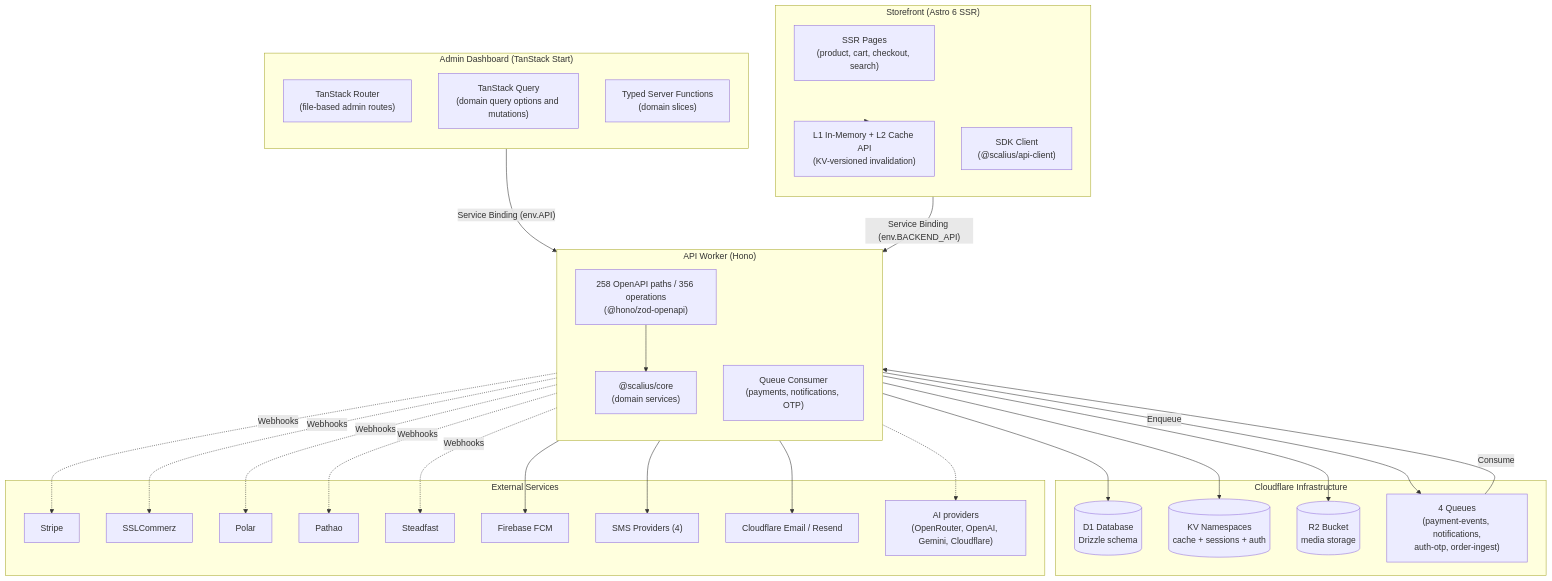
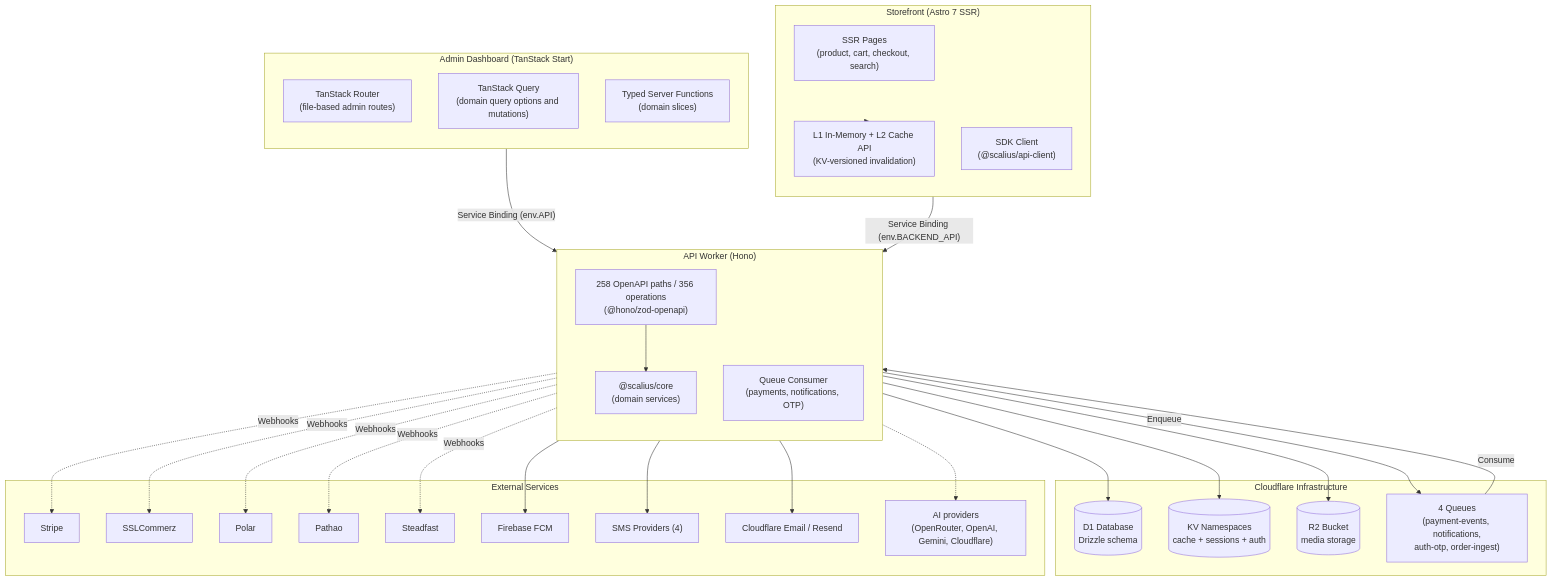
Before and after one commit to scaliuslabs/scalius-commerce-lite: the first of 3 diagrams in README.md, drawn with Mermaid. The commit also changed other lines of this file and 18 other files, not shown here.

Commit message:
chore(storefront): upgrade astro 7 and harden cart runtime

````diff
--- a/README.md
+++ b/README.md
@@ -87,62 +87,62 @@
 ```mermaid
 flowchart TB
     subgraph AdminV2 ["Admin Dashboard (TanStack Start)"]
         direction TB
         TSRouter["TanStack Router<br/>(file-based admin routes)"]
         TSQuery["TanStack Query<br/>(domain query options and mutations)"]
         ServerFns["Typed Server Functions<br/>(domain slices)"]
     end
 
-    subgraph Storefront ["Storefront (Astro 6 SSR)"]
+    subgraph Storefront ["Storefront (Astro 7 SSR)"]
         direction TB
         AstroPages["SSR Pages<br/>(product, cart, checkout, search)"]
         EdgeCache["L1 In-Memory + L2 Cache API<br/>(KV-versioned invalidation)"]
         SDKClient["SDK Client<br/>(@scalius/api-client)"]
     end
 
     subgraph API ["API Worker (Hono)"]
         direction TB
         HonoApp["258 OpenAPI paths / 356 operations<br/>(@hono/zod-openapi)"]
         QueueConsumer["Queue Consumer<br/>(payments, notifications, OTP)"]
         CoreModules["@scalius/core<br/>(domain services)"]
     end
 
     subgraph Infra ["Cloudflare Infrastructure"]
         D1[(D1 Database<br/>Drizzle schema)]
         KV[(KV Namespaces<br/>cache + sessions + auth)]
         R2[(R2 Bucket<br/>media storage)]
         Queues["4 Queues<br/>(payment-events, notifications,<br/>auth-otp, order-ingest)"]
     end
 
     subgraph External ["External Services"]
         Stripe["Stripe"]
         SSLCommerz["SSLCommerz"]
         Polar["Polar"]
         Pathao["Pathao"]
         Steadfast["Steadfast"]
         Firebase["Firebase FCM"]
         SMS["SMS Providers (4)"]
         EmailProvider["Cloudflare Email / Resend"]
         AIProviders["AI providers<br/>(OpenRouter, OpenAI, Gemini, Cloudflare)"]
     end
 
     AdminV2 -->|"Service Binding (env.API)"| API
     Storefront -->|"Service Binding (env.BACKEND_API)"| API
     API --> D1
     API --> KV
     API --> R2
     API -->|Enqueue| Queues
     Queues -->|Consume| QueueConsumer
     QueueConsumer --> Firebase
     QueueConsumer --> SMS
     QueueConsumer --> EmailProvider
     HonoApp --> CoreModules
     Storefront --> EdgeCache
 
     API -.->|Webhooks| Stripe
     API -.->|Webhooks| SSLCommerz
     API -.->|Webhooks| Polar
     API -.->|Webhooks| Pathao
     API -.->|Webhooks| Steadfast
     API -.-> AIProviders
 ```
````
